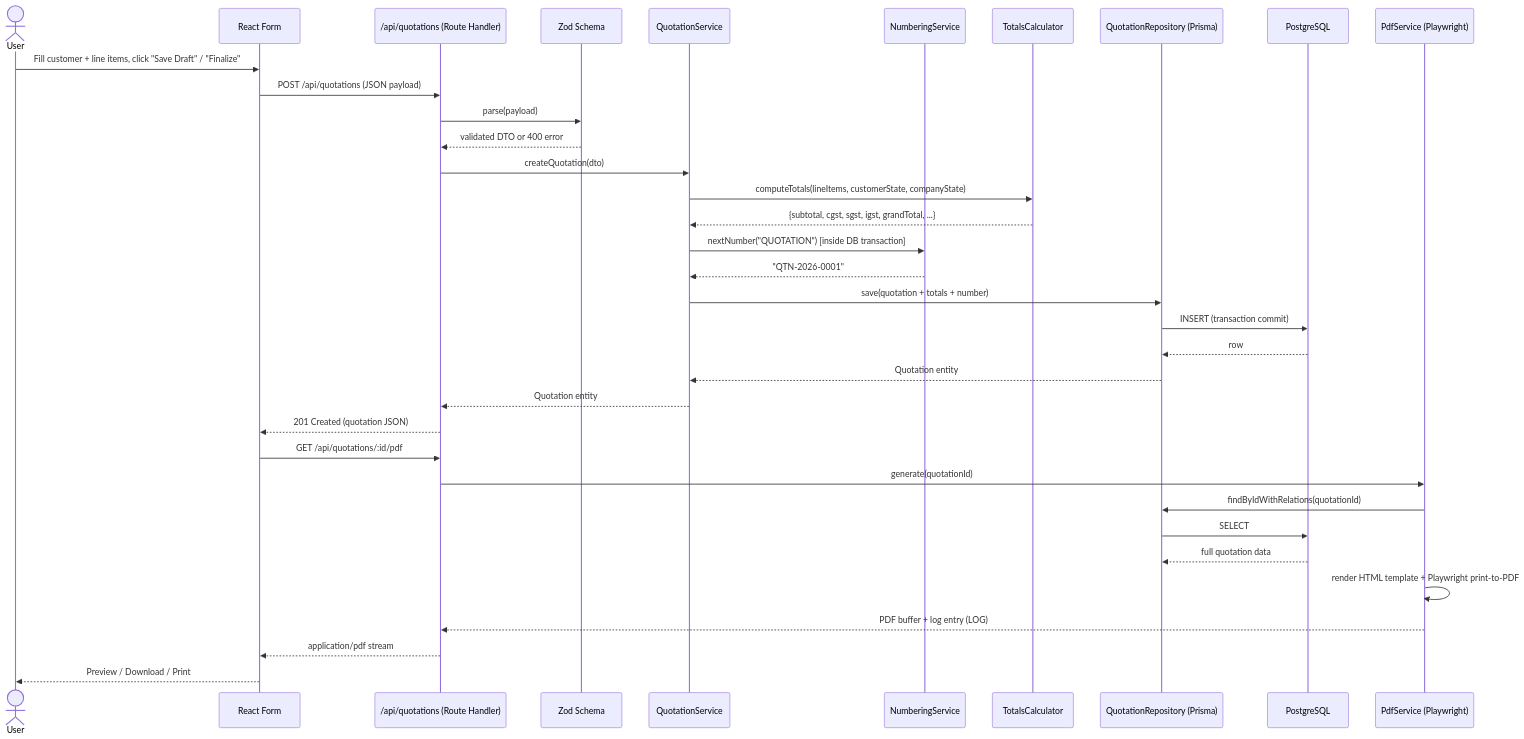
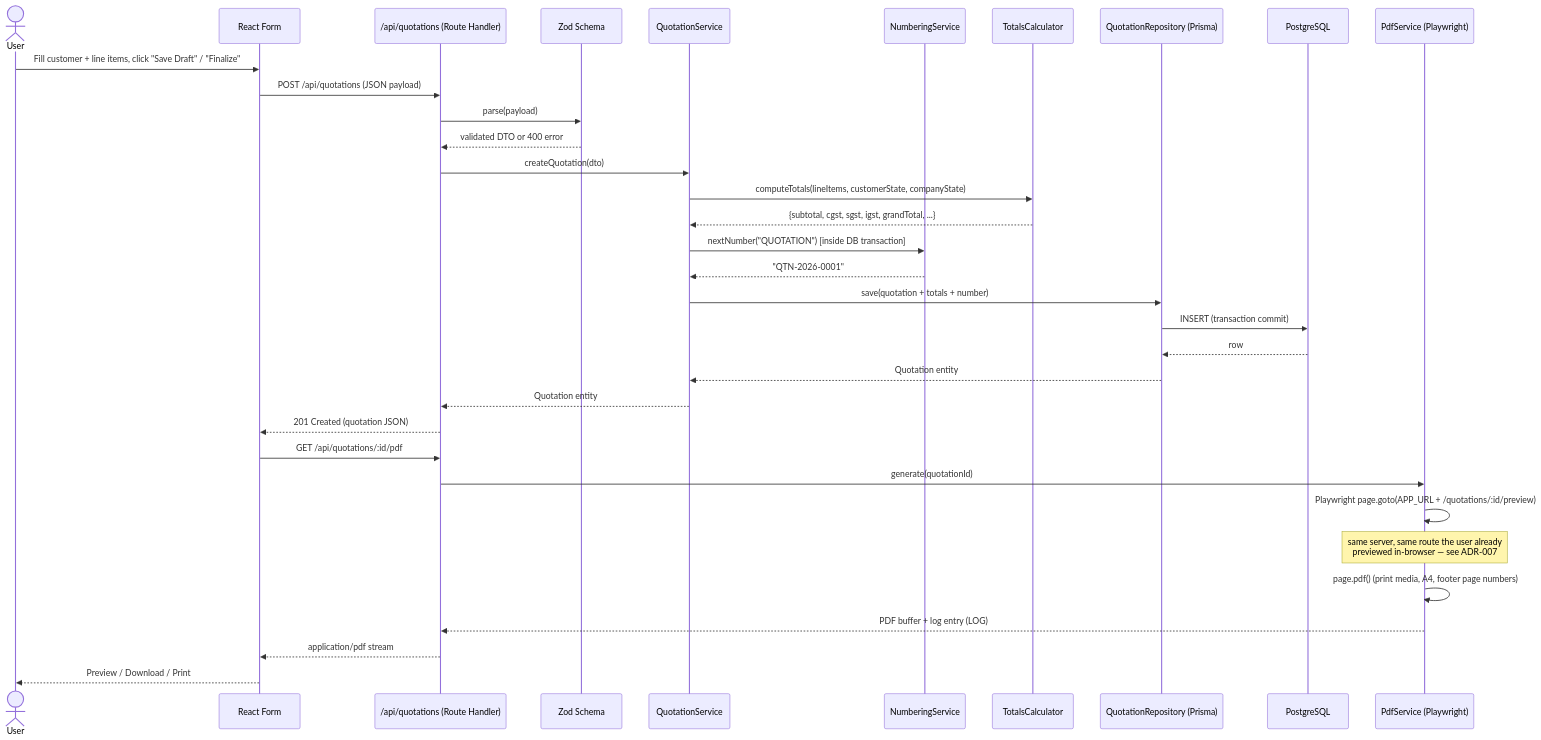
One commit to Sanchit-Joshi/QuotePluse changed the second of 3 diagrams in docs/architecture.md. Above: the diagram before and after it, drawn with Mermaid. The commit also changed 384 other files, not shown here.

````diff
--- a/docs/architecture.md
+++ b/docs/architecture.md
@@ -58,38 +58,37 @@
 ```mermaid
 sequenceDiagram
     actor User
     participant UI as React Form
     participant API as /api/quotations (Route Handler)
     participant Val as Zod Schema
     participant Svc as QuotationService
     participant Num as NumberingService
     participant Calc as TotalsCalculator
     participant Repo as QuotationRepository (Prisma)
     participant DB as PostgreSQL
     participant PdfSvc as PdfService (Playwright)
 
     User->>UI: Fill customer + line items, click "Save Draft" / "Finalize"
     UI->>API: POST /api/quotations (JSON payload)
     API->>Val: parse(payload)
     Val-->>API: validated DTO or 400 error
     API->>Svc: createQuotation(dto)
     Svc->>Calc: computeTotals(lineItems, customerState, companyState)
     Calc-->>Svc: {subtotal, cgst, sgst, igst, grandTotal, ...}
     Svc->>Num: nextNumber("QUOTATION") [inside DB transaction]
     Num-->>Svc: "QTN-2026-0001"
     Svc->>Repo: save(quotation + totals + number)
     Repo->>DB: INSERT (transaction commit)
     DB-->>Repo: row
     Repo-->>Svc: Quotation entity
     Svc-->>API: Quotation entity
     API-->>UI: 201 Created (quotation JSON)
     UI->>API: GET /api/quotations/:id/pdf
     API->>PdfSvc: generate(quotationId)
-    PdfSvc->>Repo: findByIdWithRelations(quotationId)
-    Repo->>DB: SELECT
-    DB-->>Repo: full quotation data
-    PdfSvc->>PdfSvc: render HTML template + Playwright print-to-PDF
+    PdfSvc->>PdfSvc: Playwright page.goto(APP_URL + /quotations/:id/preview)
+    Note over PdfSvc: same server, same route the user already<br/>previewed in-browser — see ADR-007
+    PdfSvc->>PdfSvc: page.pdf() (print media, A4, footer page numbers)
     PdfSvc-->>API: PDF buffer + log entry (LOG)
     API-->>UI: application/pdf stream
     UI-->>User: Preview / Download / Print
 ```
````
